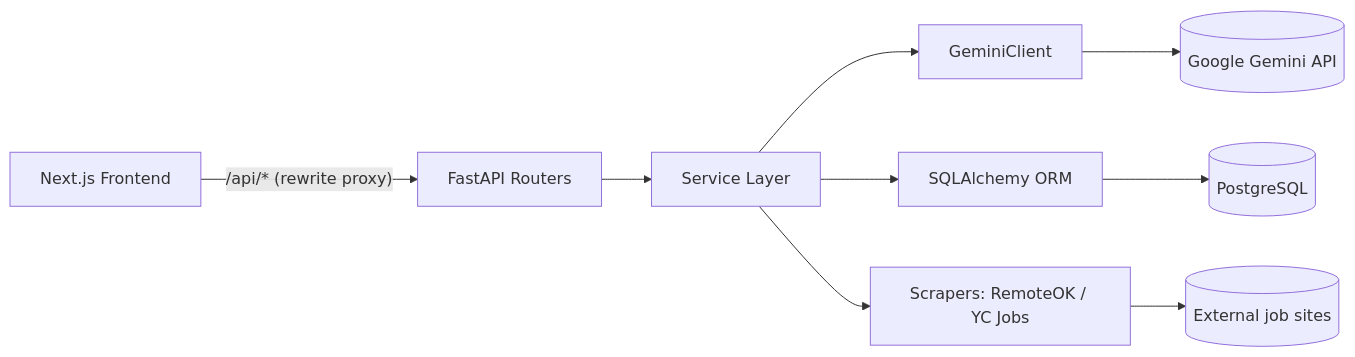
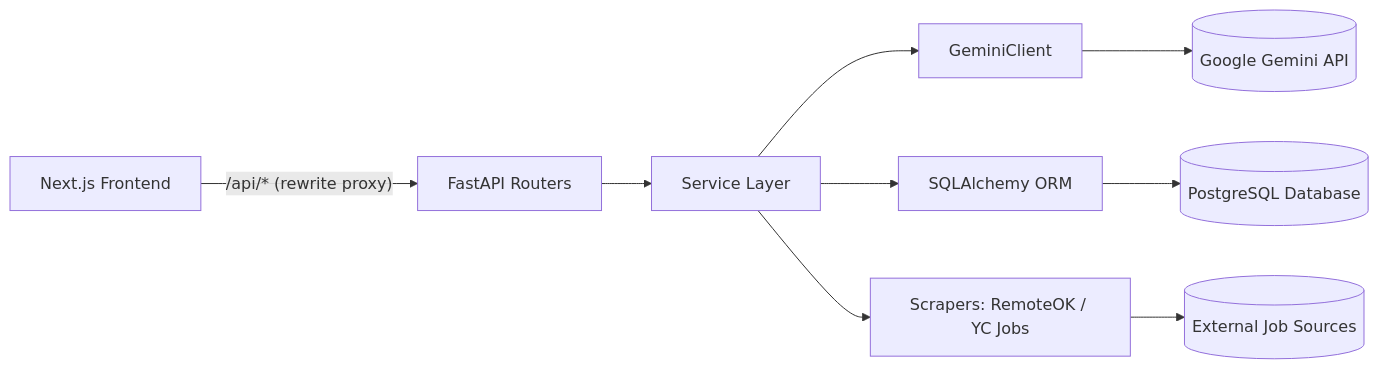
One commit to AbhiJeetSoni22/Job_Hunter changed the diagram in README.md. Above: the diagram before and after it, drawn with Mermaid. The commit also changed other lines of this file and 8 other files, not shown here.

````diff
--- a/README.md
+++ b/README.md
@@ -53,11 +56,11 @@
 ```mermaid
 flowchart LR
     A[Next.js Frontend] -->|"/api/* (rewrite proxy)"| B[FastAPI Routers]
     B --> C[Service Layer]
     C --> D[GeminiClient]
     C --> E[SQLAlchemy ORM]
-    E --> F[(PostgreSQL)]
+    E --> F[(PostgreSQL Database)]
     D --> G[(Google Gemini API)]
     C --> H[Scrapers: RemoteOK / YC Jobs]
-    H --> I[(External job sites)]
+    H --> I[(External Job Sources)]
 ```
````
